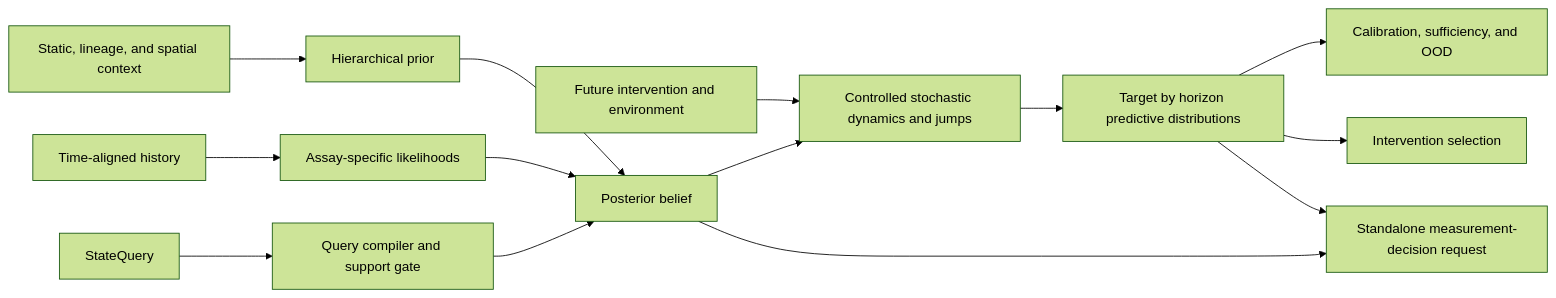
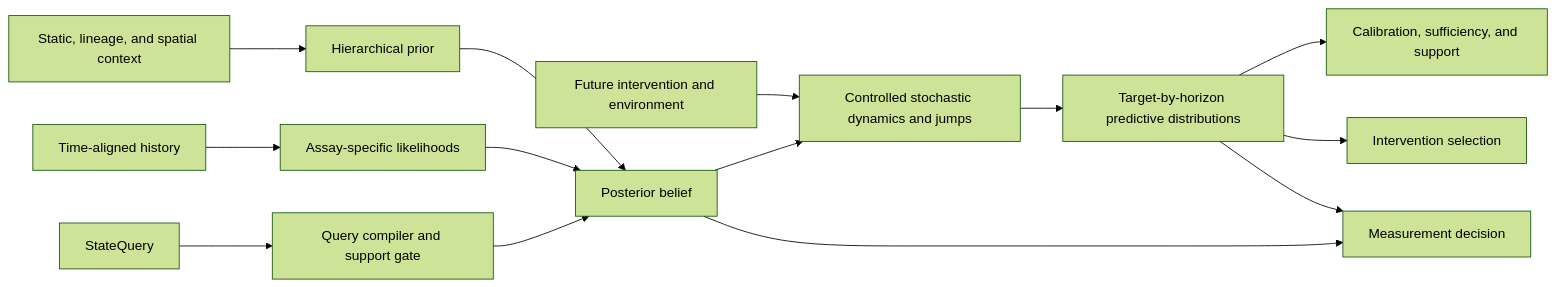
Before and after one commit to logannye/cellstate: the diagram in README.md, drawn with Mermaid (forest theme). The commit also changed other lines of this file and 18 other files, not shown here.

````diff
--- a/README.md
+++ b/README.md
@@ -189,16 +177,16 @@
 ```mermaid
 flowchart LR
     Q["StateQuery"] --> QC["Query compiler and support gate"]
     H["Time-aligned history"] --> O["Assay-specific likelihoods"]
     C["Static, lineage, and spatial context"] --> P["Hierarchical prior"]
     QC --> B["Posterior belief"]
     O --> B
     P --> B
     B --> D["Controlled stochastic dynamics and jumps"]
     U["Future intervention and environment"] --> D
-    D --> Z["Target by horizon predictive distributions"]
-    Z --> V["Calibration, sufficiency, and OOD"]
+    D --> Z["Target-by-horizon predictive distributions"]
+    Z --> V["Calibration, sufficiency, and support"]
     Z --> A["Intervention selection"]
-    B --> M["Standalone measurement-decision request"]
+    B --> M["Measurement decision"]
     Z --> M
 ```
````
